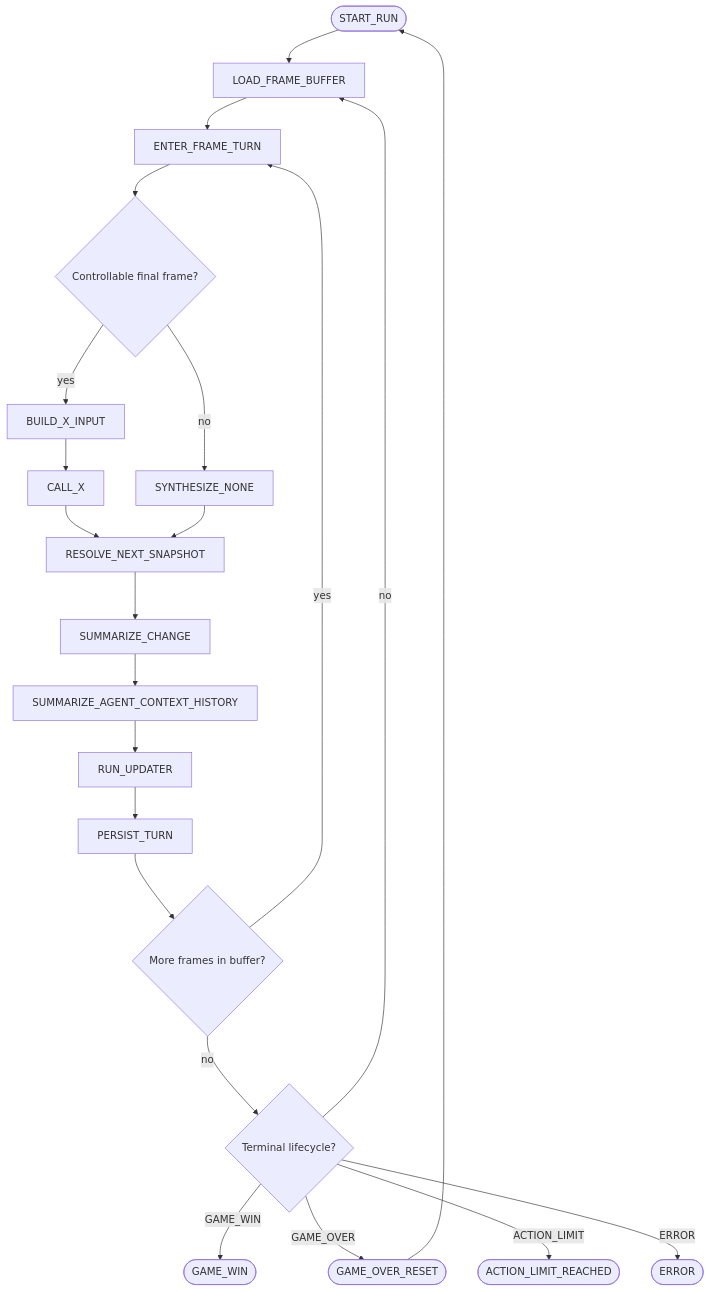
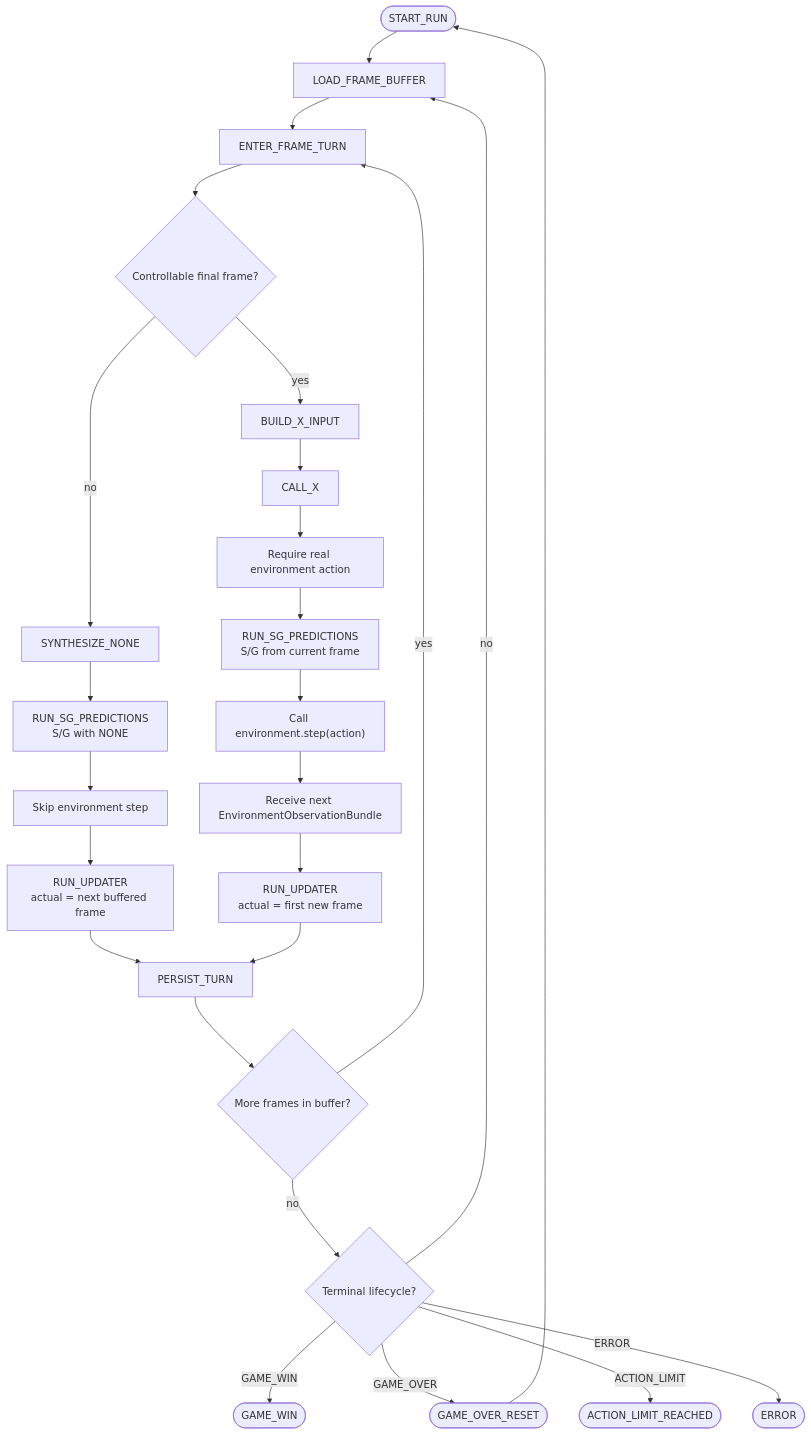
Before and after one commit to cocomette/artificial-agency: the first of 2 diagrams in doc/architecture/software/orchestration/game_loop/diagrams.md, drawn with Mermaid. The commit also changed other lines of this file and 329 other files, not shown here.

````diff
--- a/doc/architecture/software/orchestration/game_loop/diagrams.md
+++ b/doc/architecture/software/orchestration/game_loop/diagrams.md
@@ -5,26 +5,32 @@
 ```mermaid
 flowchart TD
     Start([START_RUN]) --> Load[LOAD_FRAME_BUFFER]
     Load --> Enter[ENTER_FRAME_TURN]
     Enter --> Control{Controllable final frame?}
     Control -- yes --> Build[BUILD_X_INPUT]
     Build --> CallX[CALL_X]
-    CallX --> Resolve[RESOLVE_NEXT_SNAPSHOT]
+    CallX --> ValidateReal[Require real environment action]
     Control -- no --> Synthetic[SYNTHESIZE_NONE]
-    Synthetic --> Resolve
+    Synthetic --> PredictBuffered["RUN_SG_PREDICTIONS<br/>S/G with NONE"]
 
-    Resolve --> Change[SUMMARIZE_CHANGE]
-    Change --> Hist[SUMMARIZE_AGENT_CONTEXT_HISTORY]
-    Hist --> Update[RUN_UPDATER]
-    Update --> Persist[PERSIST_TURN]
+    PredictBuffered --> SkipEnv[Skip environment step]
+    SkipEnv --> UpdateBuffered["RUN_UPDATER<br/>actual = next buffered frame"]
+
+    ValidateReal --> Predict["RUN_SG_PREDICTIONS<br/>S/G from current frame"]
+    Predict --> StepEnv["Call environment.step(action)"]
+    StepEnv --> NewBundle[Receive next EnvironmentObservationBundle]
+    NewBundle --> UpdateFresh["RUN_UPDATER<br/>actual = first new frame"]
+
+    UpdateBuffered --> Persist[PERSIST_TURN]
+    UpdateFresh --> Persist
     Persist --> MoreFrames{More frames in buffer?}
 
     MoreFrames -- yes --> Enter
     MoreFrames -- no --> Lifecycle{Terminal lifecycle?}
     Lifecycle -- no --> Load
     Lifecycle -- GAME_WIN --> Win([GAME_WIN])
     Lifecycle -- GAME_OVER --> Reset([GAME_OVER_RESET])
     Lifecycle -- ACTION_LIMIT --> Limit([ACTION_LIMIT_REACHED])
     Lifecycle -- ERROR --> Error([ERROR])
     Reset --> Start
 ```
````
